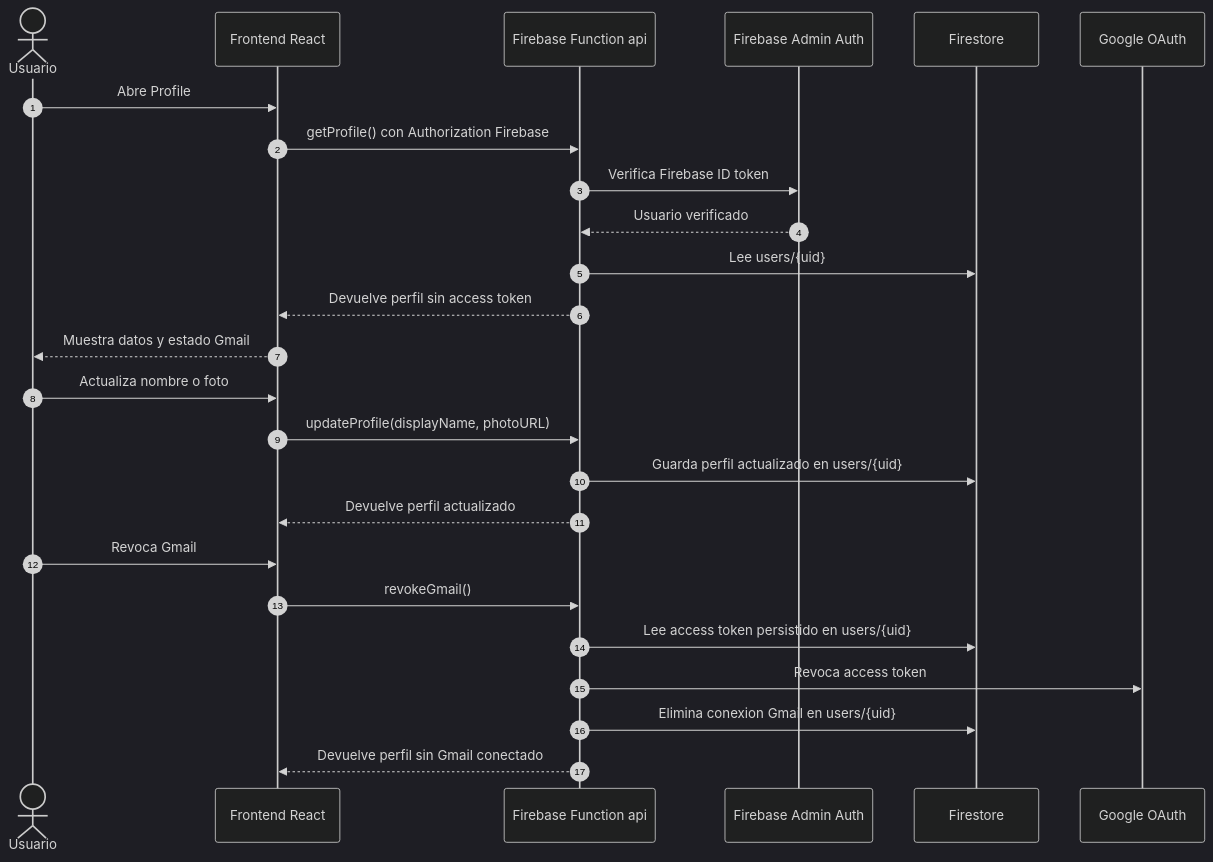
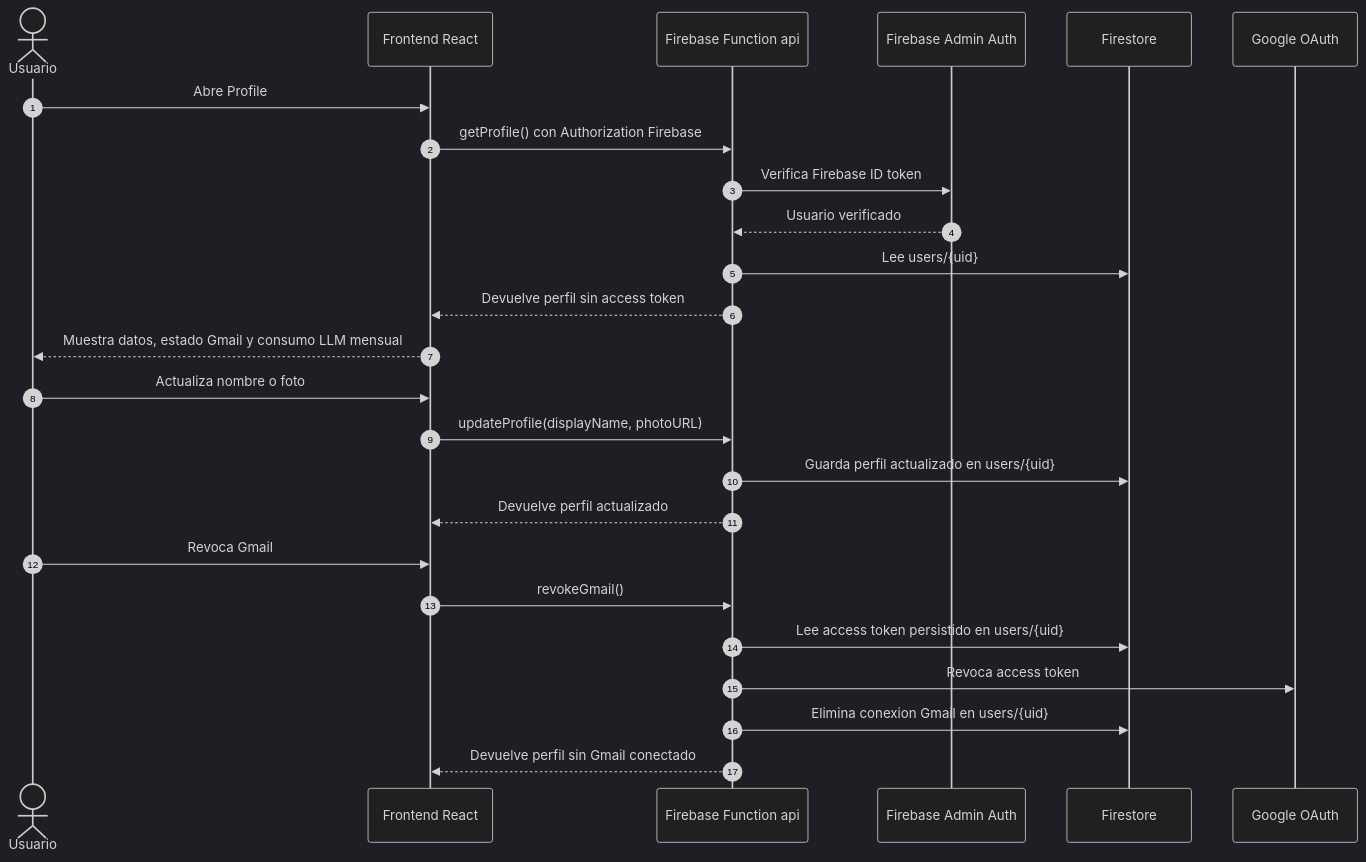
Before and after one commit to mijahilbarra/organizr: the ninth of 10 diagrams in sequence-diagram.md, drawn with Mermaid (dark theme). The commit also changed other lines of this file and 138 other files, not shown here.

Commit message:
Add GPT workflows, computed fields, and schema editing

````diff
--- a/sequence-diagram.md
+++ b/sequence-diagram.md
@@ -285,30 +345,30 @@
 ```mermaid
 sequenceDiagram
   autonumber
   actor User as Usuario
   participant Frontend as Frontend React
   participant Function as Firebase Function api
   participant FirebaseAuth as Firebase Admin Auth
   participant Firestore as Firestore
   participant GoogleOAuth as Google OAuth
 
   User->>Frontend: Abre Profile
   Frontend->>Function: getProfile() con Authorization Firebase
   Function->>FirebaseAuth: Verifica Firebase ID token
   FirebaseAuth-->>Function: Usuario verificado
   Function->>Firestore: Lee users/{uid}
   Function-->>Frontend: Devuelve perfil sin access token
-  Frontend-->>User: Muestra datos y estado Gmail
+  Frontend-->>User: Muestra datos, estado Gmail y consumo LLM mensual
 
   User->>Frontend: Actualiza nombre o foto
   Frontend->>Function: updateProfile(displayName, photoURL)
   Function->>Firestore: Guarda perfil actualizado en users/{uid}
   Function-->>Frontend: Devuelve perfil actualizado
 
   User->>Frontend: Revoca Gmail
   Frontend->>Function: revokeGmail()
   Function->>Firestore: Lee access token persistido en users/{uid}
   Function->>GoogleOAuth: Revoca access token
   Function->>Firestore: Elimina conexion Gmail en users/{uid}
   Function-->>Frontend: Devuelve perfil sin Gmail conectado
 ```
````
